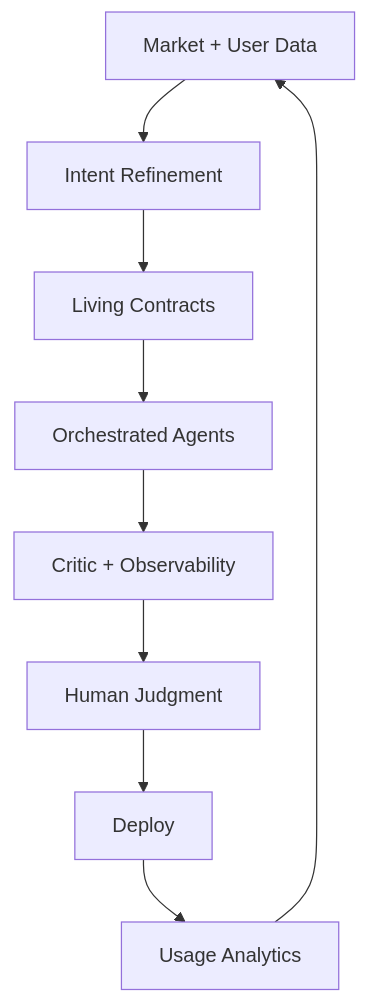
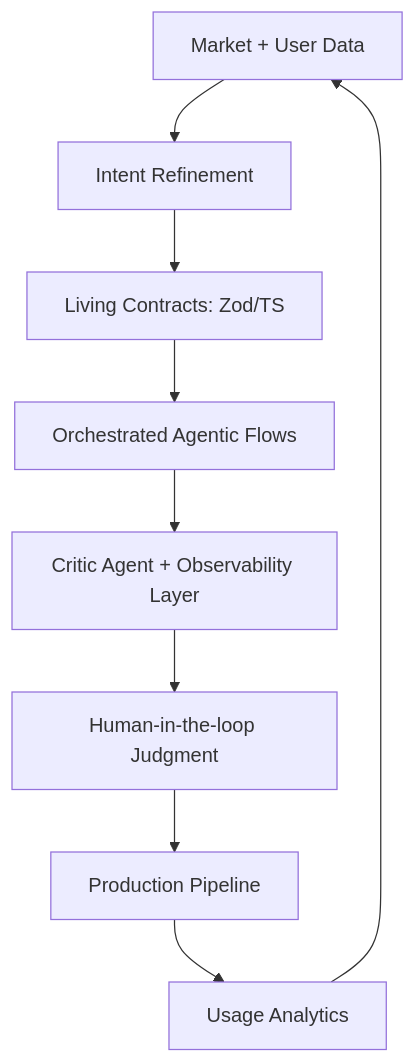
One commit to seanwhs/Plans changed the diagram in Becoming-an-Architect-Solopreneur/Part-10-Road-Ahead.md. Above: the diagram before and after it, drawn with Mermaid. The commit also changed other lines of this file, not shown here.

````diff
--- a/Becoming-an-Architect-Solopreneur/Part-10-Road-Ahead.md
+++ b/Becoming-an-Architect-Solopreneur/Part-10-Road-Ahead.md
@@ -66,11 +41,12 @@
 ```mermaid
 flowchart TD
     Market[Market + User Data] --> Intent[Intent Refinement]
-    Intent --> Contracts[Living Contracts]
-    Contracts --> Agents[Orchestrated Agents]
-    Agents --> Critic[Critic + Observability]
-    Critic --> Human[Human Judgment]
-    Human --> Deploy[Deploy]
+    Intent --> Contracts[Living Contracts: Zod/TS]
+    Contracts --> Agents[Orchestrated Agentic Flows]
+    Agents --> Critic[Critic Agent + Observability Layer]
+    Critic --> Human[Human-in-the-loop Judgment]
+    Human --> Deploy[Production Pipeline]
     Deploy --> Usage[Usage Analytics]
     Usage --> Market
+
 ```
````
